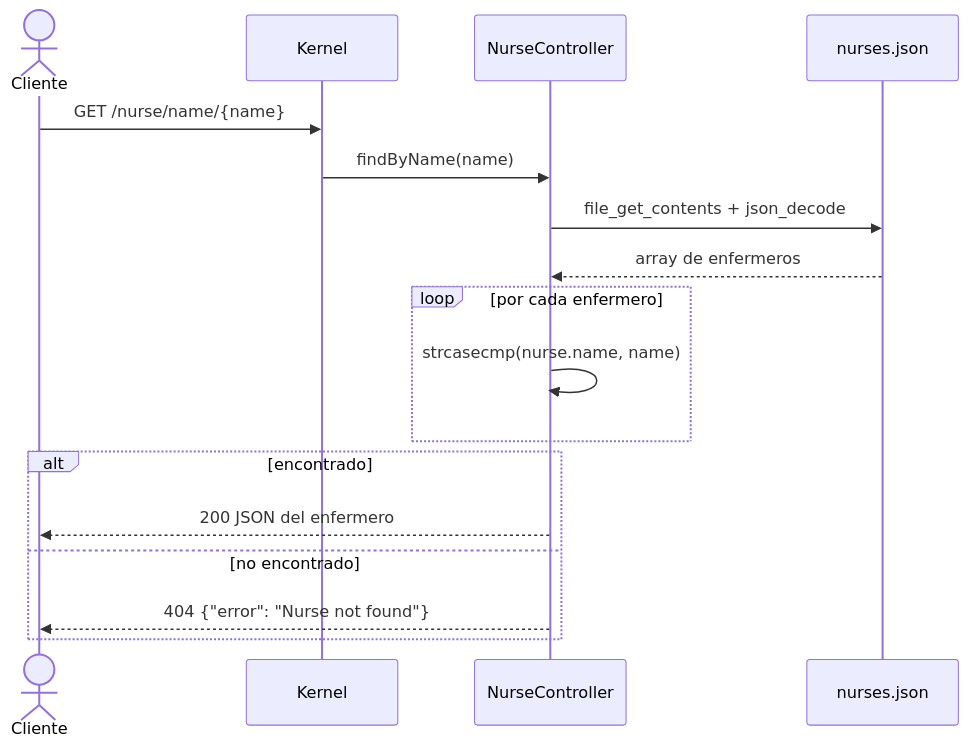
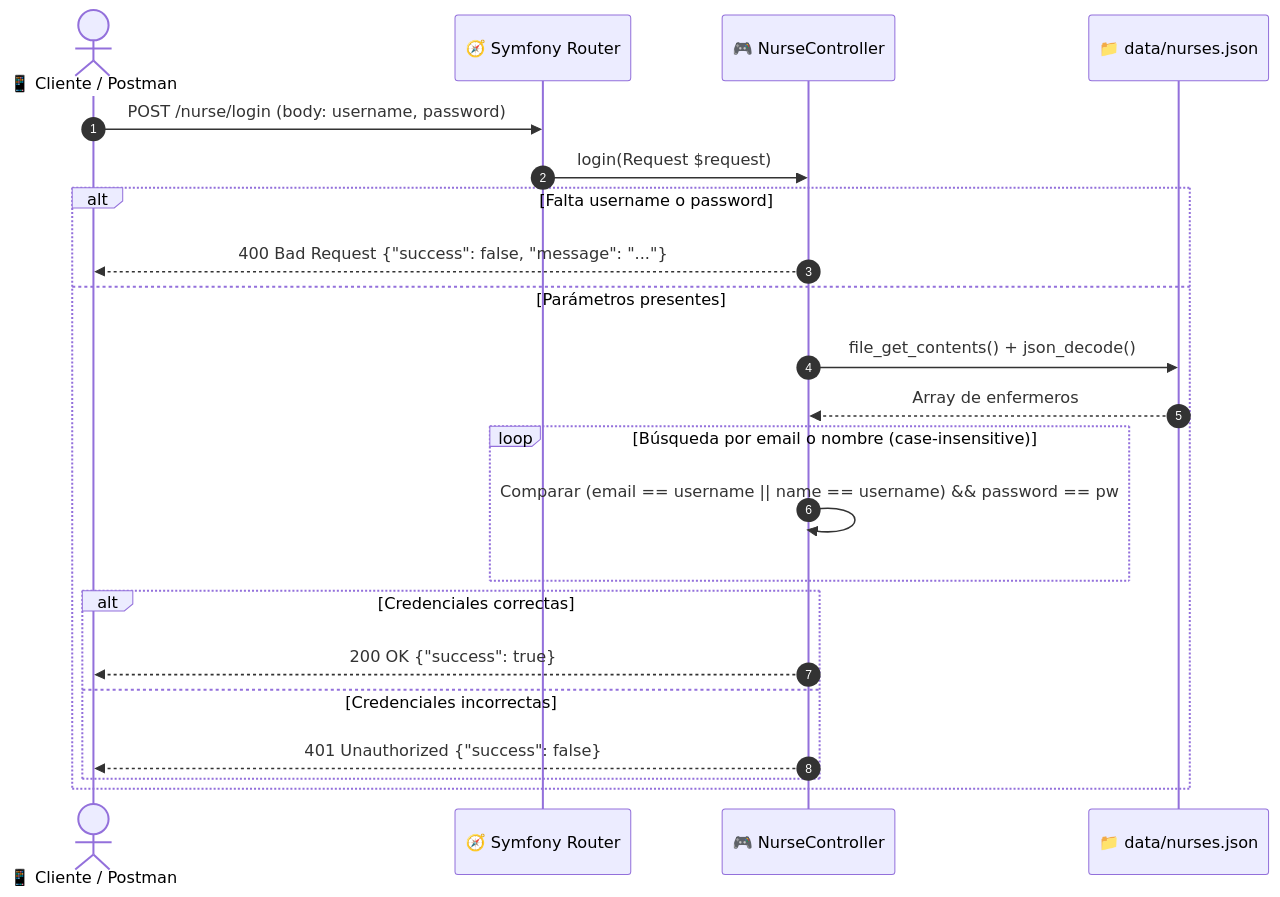
The third of 7 diagrams in README.md (Ignaciobrenas/Nurse-Simulator), drawn with Mermaid before and after one commit. The commit also changed other lines of this file and 2 other files, not shown here.

````diff
--- a/README.md
+++ b/README.md
@@ -87,20 +136,25 @@
 ```mermaid
 sequenceDiagram
-    actor Cliente
-    participant Kernel
-    participant NurseController
-    participant nurses.json
+    autonumber
+    actor Cliente as 📱 Cliente / Postman
+    participant Router as 🧭 Symfony Router
+    participant Ctrl as 🎮 NurseController
+    participant FS as 📁 data/nurses.json
 
-    Cliente->>Kernel: GET /nurse/name/{name}
-    Kernel->>NurseController: findByName(name)
-    NurseController->>nurses.json: file_get_contents + json_decode
-    nurses.json-->>NurseController: array de enfermeros
-    loop por cada enfermero
-        NurseController->>NurseController: strcasecmp(nurse.name, name)
-    end
-    alt encontrado
-        NurseController-->>Cliente: 200 JSON del enfermero
-    else no encontrado
-        NurseController-->>Cliente: 404 {"error": "Nurse not found"}
+    Cliente->>Router: POST /nurse/login (body: username, password)
+    Router->>Ctrl: login(Request $request)
+    alt Falta username o password
+        Ctrl-->>Cliente: 400 Bad Request {"success": false, "message": "..."}
+    else Parámetros presentes
+        Ctrl->>FS: file_get_contents() + json_decode()
+        FS-->>Ctrl: Array de enfermeros
+        loop Búsqueda por email o nombre (case-insensitive)
+            Ctrl->>Ctrl: Comparar (email == username || name == username) && password == pw
+        end
+        alt Credenciales correctas
+            Ctrl-->>Cliente: 200 OK {"success": true}
+        else Credenciales incorrectas
+            Ctrl-->>Cliente: 401 Unauthorized {"success": false}
+        end
     end
 ```
````
